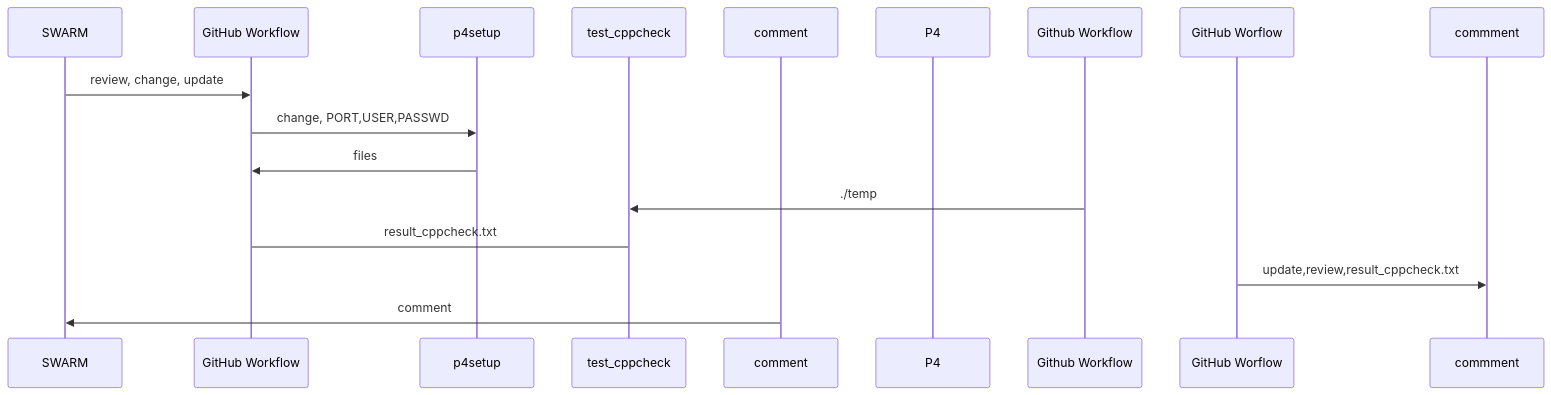
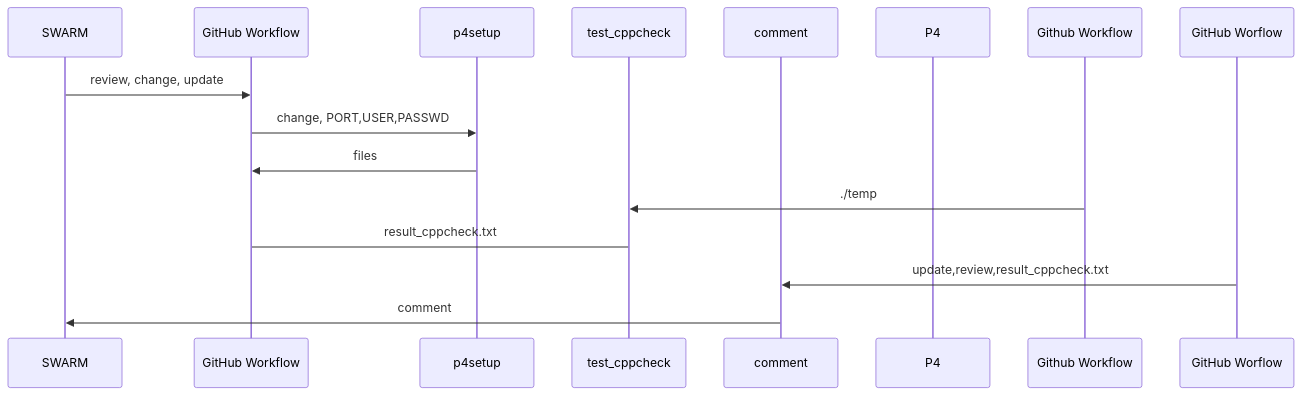
Before and after one commit to smjune/smjune.github.io: the diagram in readme.md, drawn with Mermaid.

````diff
--- a/readme.md
+++ b/readme.md
@@ -1,16 +1,16 @@
 ```mermaid
 sequenceDiagram
     participant SWARM 
     participant GitHub Workflow
     participant p4setup
     participant test_cppcheck
     participant comment
     participant P4
     SWARM->>GitHub Workflow: review, change, update
     GitHub Workflow->>p4setup: change, PORT,USER,PASSWD
     p4setup->>GitHub Workflow: files
     Github Workflow->>test_cppcheck:./temp
     test_cppcheck->GitHub Workflow: result_cppcheck.txt
-    GitHub Worflow->>commment:update,review,result_cppcheck.txt
+    GitHub Worflow->>comment:update,review,result_cppcheck.txt
     comment->>SWARM: comment
 ```
````
